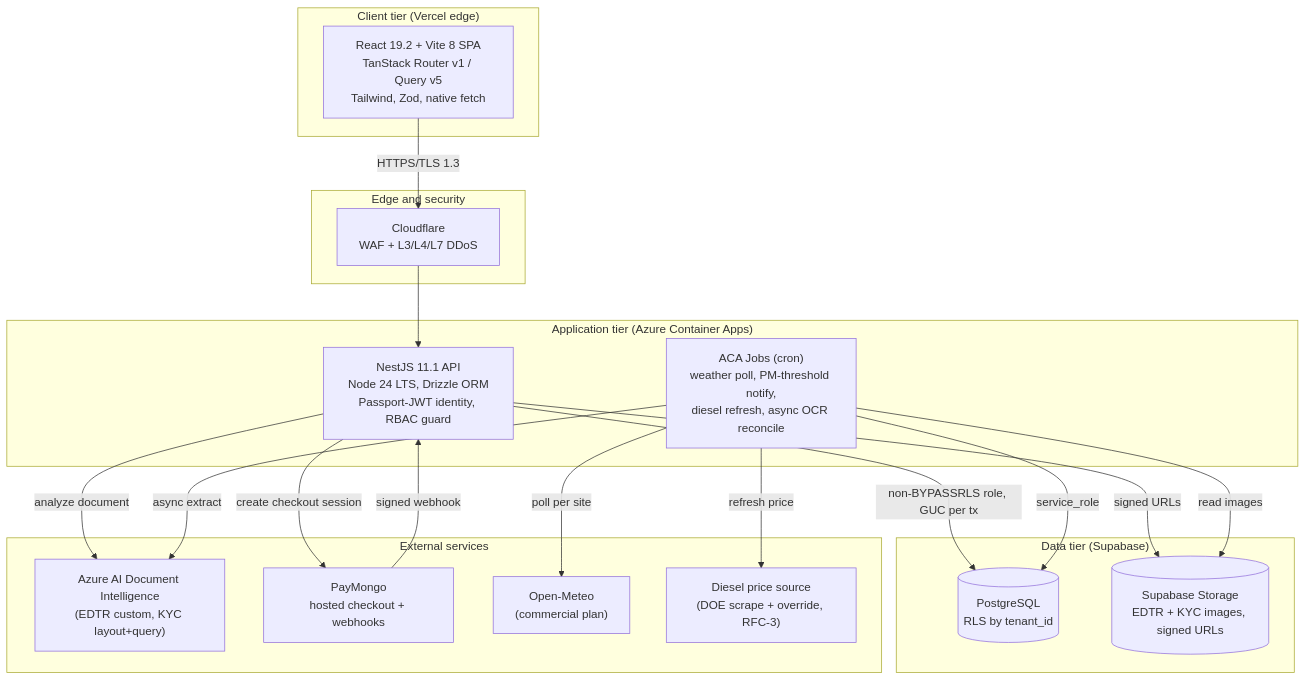
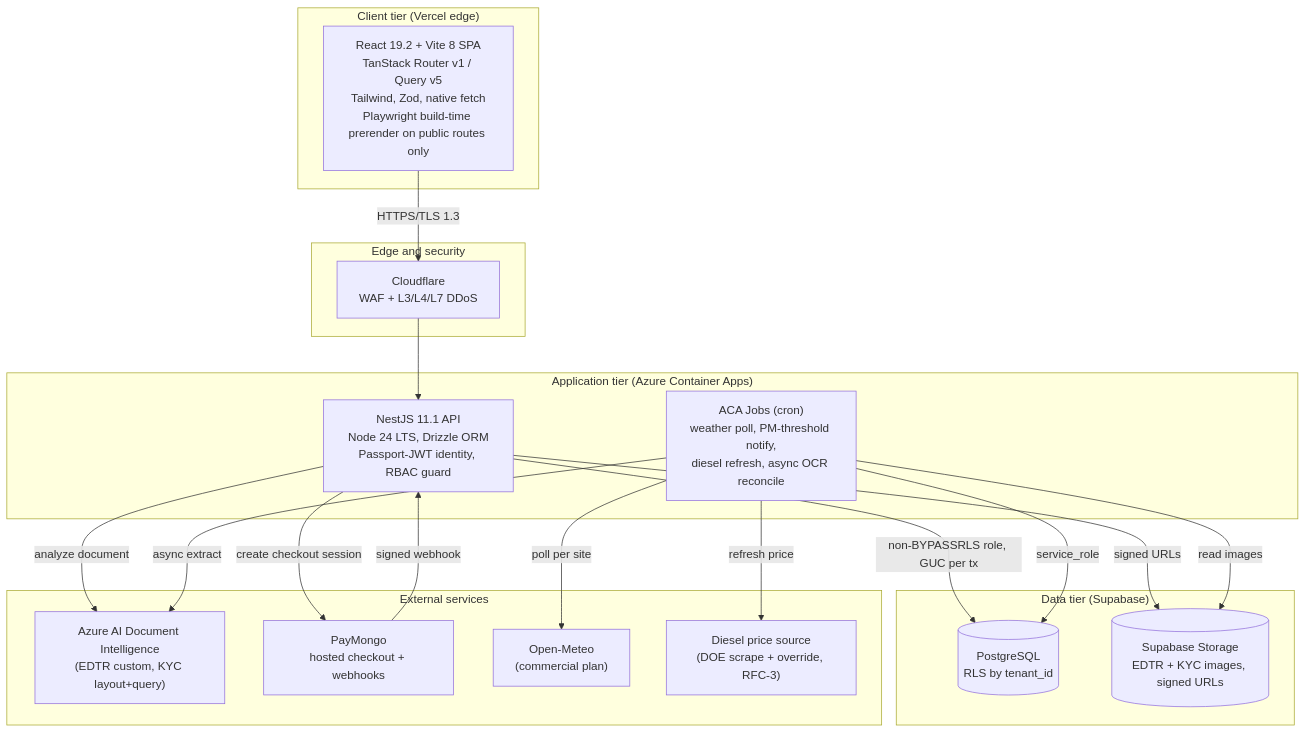
Before and after one commit to r0undy/arkilaunch: the first of 4 diagrams in docs/sdd-arkilaunch.md, drawn with Mermaid. The commit also changed other lines of this file and 63 other files, not shown here.

````diff
--- a/docs/sdd-arkilaunch.md
+++ b/docs/sdd-arkilaunch.md
@@ -40,36 +40,36 @@
 ```mermaid
 graph TD
     subgraph ClientTier["Client tier (Vercel edge)"]
-        FE["React 19.2 + Vite 8 SPA<br/>TanStack Router v1 / Query v5<br/>Tailwind, Zod, native fetch"]
+        FE["React 19.2 + Vite 8 SPA<br/>TanStack Router v1 / Query v5<br/>Tailwind, Zod, native fetch<br/>Playwright build-time prerender on public routes only"]
     end
     subgraph EdgeTier["Edge and security"]
         CF["Cloudflare<br/>WAF + L3/L4/L7 DDoS"]
     end
     subgraph AppTier["Application tier (Azure Container Apps)"]
         NEST["NestJS 11.1 API<br/>Node 24 LTS, Drizzle ORM<br/>Passport-JWT identity, RBAC guard"]
         JOBS["ACA Jobs (cron)<br/>weather poll, PM-threshold notify,<br/>diesel refresh, async OCR reconcile"]
     end
     subgraph DataTier["Data tier (Supabase)"]
         PG[("PostgreSQL<br/>RLS by tenant_id")]
         ST[("Supabase Storage<br/>EDTR + KYC images, signed URLs")]
     end
     subgraph ExtTier["External services"]
         DI["Azure AI Document Intelligence<br/>(EDTR custom, KYC layout+query)"]
         PM["PayMongo<br/>hosted checkout + webhooks"]
         OM["Open-Meteo<br/>(commercial plan)"]
         DZL["Diesel price source<br/>(DOE scrape + override, RFC-3)"]
     end
 
     FE -->|HTTPS/TLS 1.3| CF
     CF --> NEST
     NEST -->|non-BYPASSRLS role, GUC per tx| PG
     NEST -->|signed URLs| ST
     NEST -->|analyze document| DI
     NEST -->|create checkout session| PM
     PM -->|signed webhook| NEST
     JOBS -->|service_role| PG
     JOBS -->|poll per site| OM
     JOBS -->|refresh price| DZL
     JOBS -->|async extract| DI
     JOBS -->|read images| ST
 ```
````
